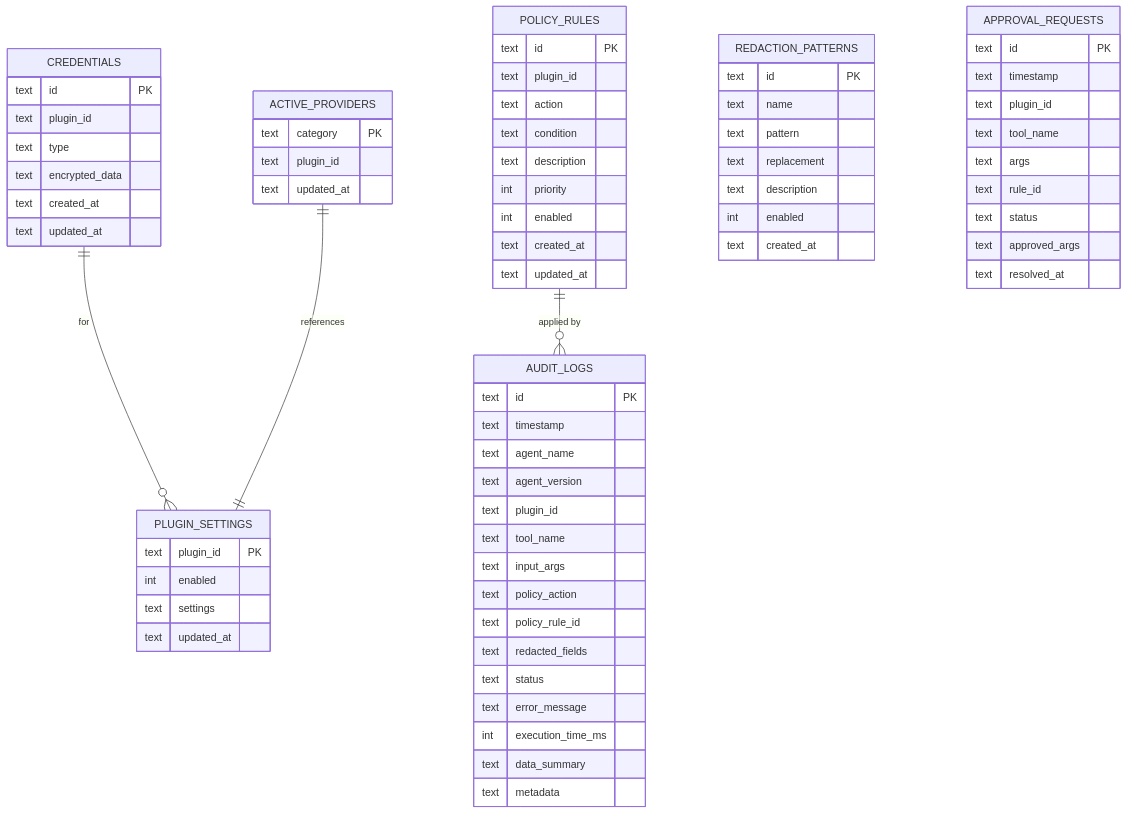
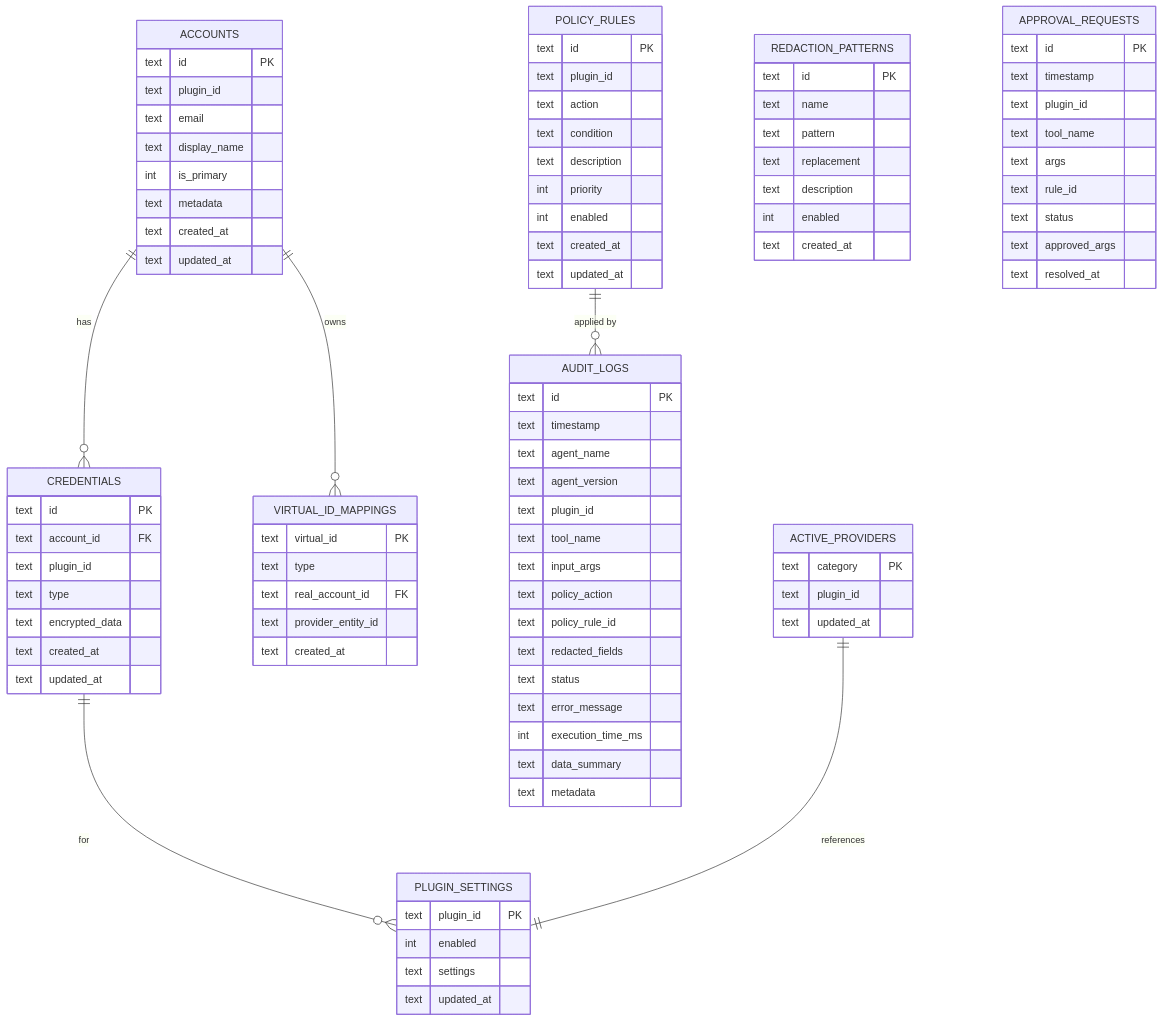
Before and after one commit to modularitylabs/corelink: the eighth of 8 diagrams in docs/ARCHITECTURE.md, drawn with Mermaid. The commit also changed other lines of this file, not shown here.

First line of the commit message:
Update ARCHITECTURE.md with virtual ID abstraction and multi-account support

````diff
--- a/docs/ARCHITECTURE.md
+++ b/docs/ARCHITECTURE.md
@@ -354,16 +799,38 @@
 ```mermaid
 erDiagram
+    ACCOUNTS ||--o{ CREDENTIALS : "has"
+    ACCOUNTS ||--o{ VIRTUAL_ID_MAPPINGS : "owns"
     CREDENTIALS ||--o{ PLUGIN_SETTINGS : "for"
     POLICY_RULES ||--o{ AUDIT_LOGS : "applied by"
     ACTIVE_PROVIDERS ||--|| PLUGIN_SETTINGS : "references"
 
+    ACCOUNTS {
+        text id PK
+        text plugin_id
+        text email
+        text display_name
+        int is_primary
+        text metadata
+        text created_at
+        text updated_at
+    }
+
     CREDENTIALS {
         text id PK
+        text account_id FK
         text plugin_id
         text type
         text encrypted_data
         text created_at
         text updated_at
+    }
+
+    VIRTUAL_ID_MAPPINGS {
+        text virtual_id PK
+        text type
+        text real_account_id FK
+        text provider_entity_id
+        text created_at
     }
 
     PLUGIN_SETTINGS {
````
